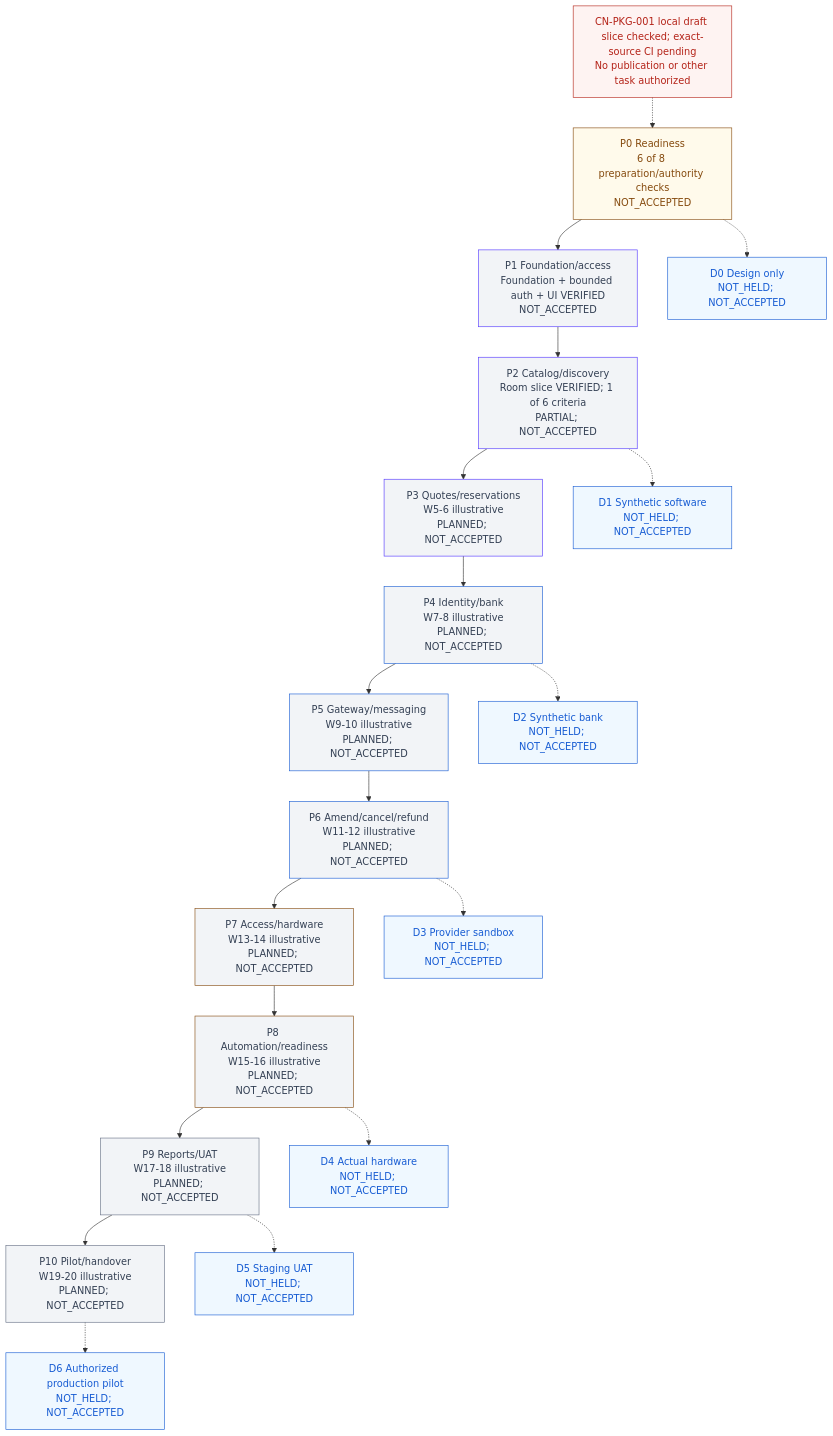
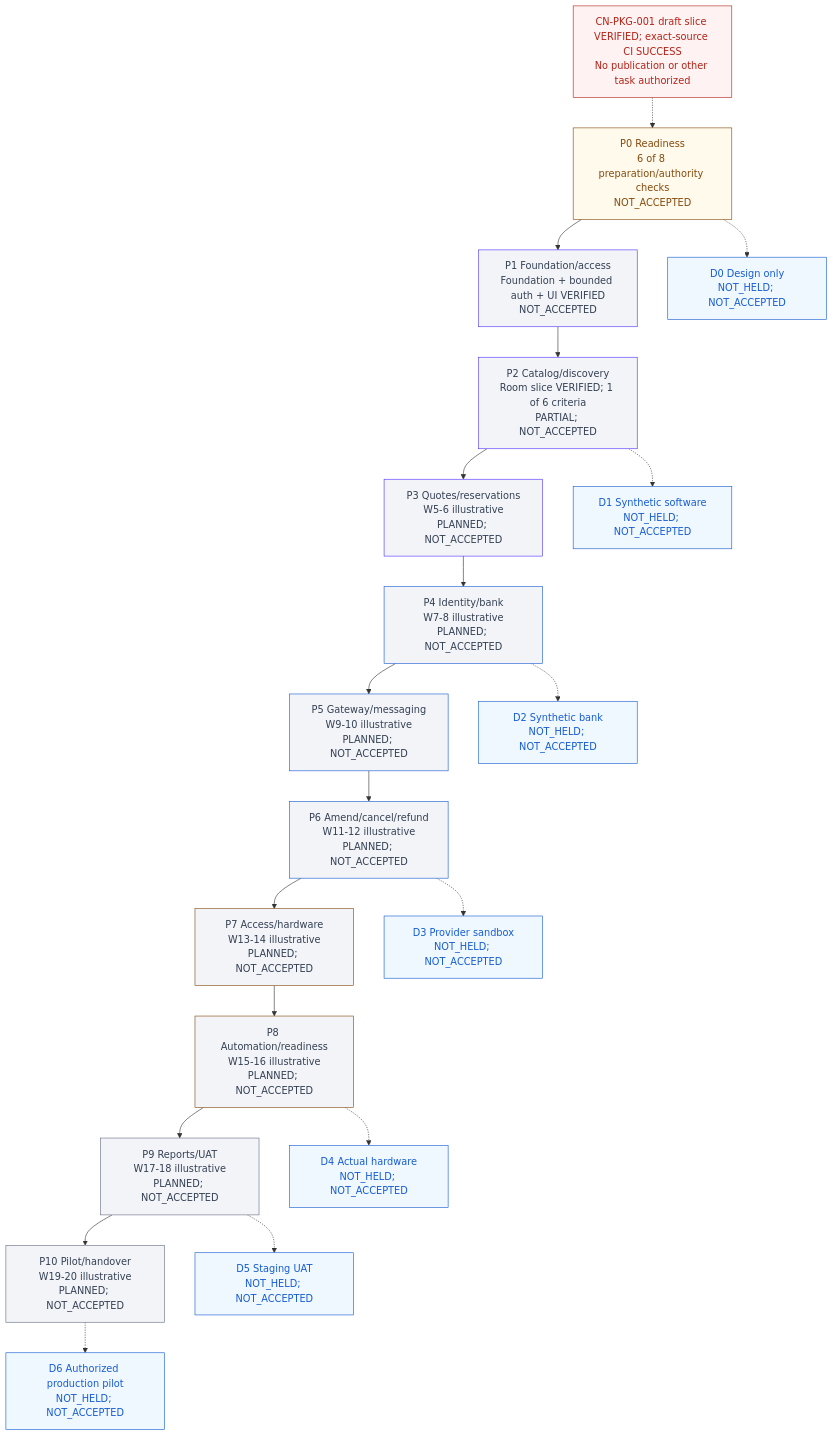
Before and after one commit to Hasitha3513/Theater-Project: the diagram in knowledge/PROGRESS.md, drawn with Mermaid. The commit also changed other lines of this file and 5 other files, not shown here.

Commit message:
docs(knowledge): record verified package draft slice

````diff
--- a/knowledge/PROGRESS.md
+++ b/knowledge/PROGRESS.md
@@ -305,45 +305,45 @@
 ```mermaid
 flowchart TB
-  G["CN-PKG-001 local draft slice checked; exact-source CI pending<br/>No publication or other task authorized"]
+  G["CN-PKG-001 draft slice VERIFIED; exact-source CI SUCCESS<br/>No publication or other task authorized"]
   P0["P0 Readiness<br/>6 of 8 preparation/authority checks<br/>NOT_ACCEPTED"]
   P1["P1 Foundation/access<br/>Foundation + bounded auth + UI VERIFIED<br/>NOT_ACCEPTED"]
   P2["P2 Catalog/discovery<br/>Room slice VERIFIED; 1 of 6 criteria<br/>PARTIAL; NOT_ACCEPTED"]
   P3["P3 Quotes/reservations<br/>W5-6 illustrative<br/>PLANNED; NOT_ACCEPTED"]
   P4["P4 Identity/bank<br/>W7-8 illustrative<br/>PLANNED; NOT_ACCEPTED"]
   P5["P5 Gateway/messaging<br/>W9-10 illustrative<br/>PLANNED; NOT_ACCEPTED"]
   P6["P6 Amend/cancel/refund<br/>W11-12 illustrative<br/>PLANNED; NOT_ACCEPTED"]
   P7["P7 Access/hardware<br/>W13-14 illustrative<br/>PLANNED; NOT_ACCEPTED"]
   P8["P8 Automation/readiness<br/>W15-16 illustrative<br/>PLANNED; NOT_ACCEPTED"]
   P9["P9 Reports/UAT<br/>W17-18 illustrative<br/>PLANNED; NOT_ACCEPTED"]
   P10["P10 Pilot/handover<br/>W19-20 illustrative<br/>PLANNED; NOT_ACCEPTED"]
   G -.-> P0
   P0 --> P1 --> P2 --> P3 --> P4 --> P5 --> P6 --> P7 --> P8 --> P9 --> P10
   D0["D0 Design only<br/>NOT_HELD; NOT_ACCEPTED"]
   D1["D1 Synthetic software<br/>NOT_HELD; NOT_ACCEPTED"]
   D2["D2 Synthetic bank<br/>NOT_HELD; NOT_ACCEPTED"]
   D3["D3 Provider sandbox<br/>NOT_HELD; NOT_ACCEPTED"]
   D4["D4 Actual hardware<br/>NOT_HELD; NOT_ACCEPTED"]
   D5["D5 Staging UAT<br/>NOT_HELD; NOT_ACCEPTED"]
   D6["D6 Authorized production pilot<br/>NOT_HELD; NOT_ACCEPTED"]
   P0 -.-> D0
   P2 -.-> D1
   P4 -.-> D2
   P6 -.-> D3
   P8 -.-> D4
   P9 -.-> D5
   P10 -.-> D6
   classDef readiness fill:#FFFAEB,color:#854A0E,stroke:#854A0E;
   classDef foundation fill:#F2F4F7,color:#344054,stroke:#5135FF;
   classDef financial fill:#F2F4F7,color:#344054,stroke:#175CD3;
   classDef physical fill:#F2F4F7,color:#344054,stroke:#854A0E;
   classDef release fill:#F2F4F7,color:#344054,stroke:#667085;
   classDef blocked fill:#FEF3F2,color:#B42318,stroke:#B42318;
   classDef demo fill:#EFF8FF,color:#175CD3,stroke:#175CD3;
   class P0 readiness;
   class P1,P2,P3 foundation;
   class P4,P5,P6 financial;
   class P7,P8 physical;
   class P9,P10 release;
   class G blocked;
   class D0,D1,D2,D3,D4,D5,D6 demo;
 ```
````
